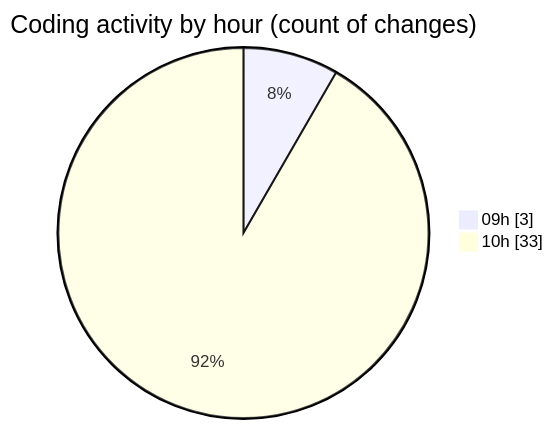
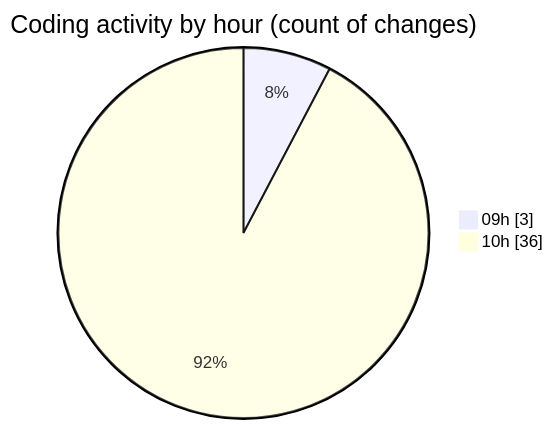
One commit to CELIANVF/code-tracking changed the second of 2 diagrams in 2025-05-19/ecodeli-1/README.md. Above: the diagram before and after it, drawn with Mermaid. The commit also changed other lines of this file and 1 other file, not shown here.

````diff
--- a/2025-05-19/ecodeli-1/README.md
+++ b/2025-05-19/ecodeli-1/README.md
@@ -43,6 +43,6 @@
 ```mermaid
 pie showData
 title Coding activity by hour (count of changes)
 "09h" : 3
-"10h" : 33
+"10h" : 36
 ```
````
